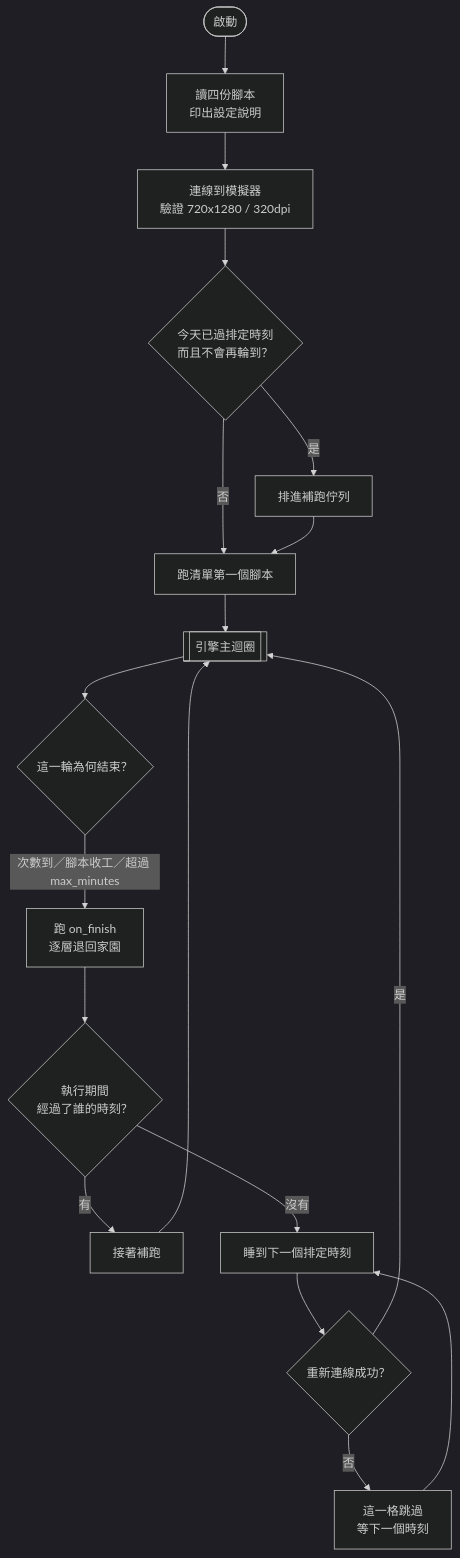
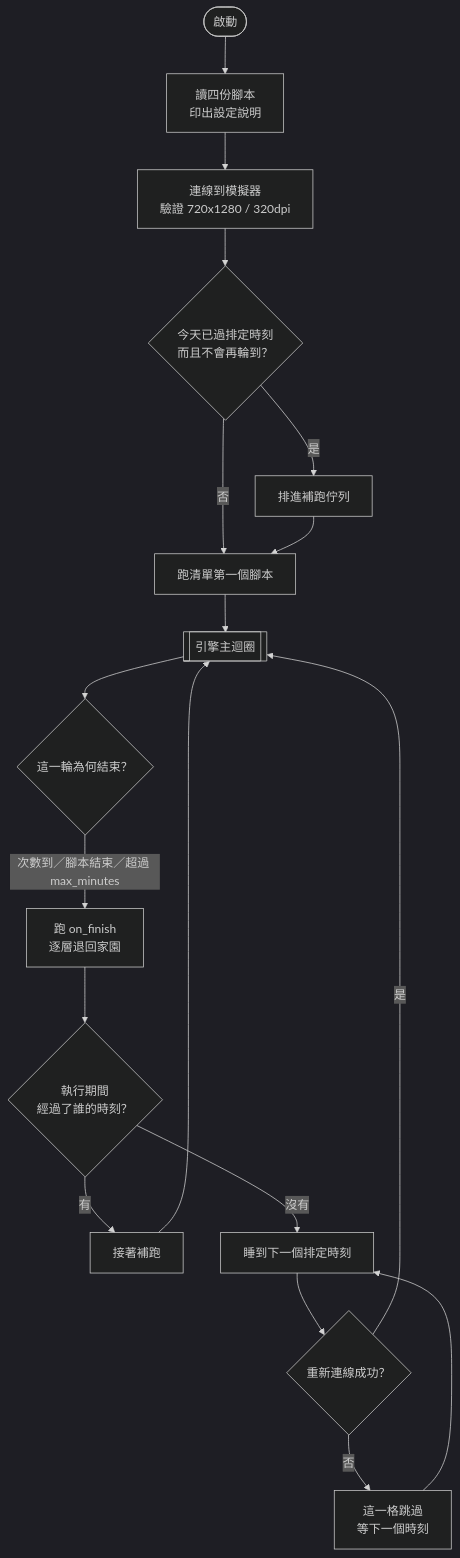
One commit to LaiYueTing/scepter-and-sword-assistant changed the first of 5 diagrams in README.md. Above: the diagram before and after it, drawn with Mermaid (dark theme). The commit also changed other lines of this file and 37 other files, not shown here.

````diff
--- a/README.md
+++ b/README.md
@@ -38,19 +38,19 @@
 ```mermaid
 flowchart TD
     START([啟動]) --> LOAD[讀四份腳本<br/>印出設定說明]
     LOAD --> CONN[連線到模擬器<br/>驗證 720x1280 / 320dpi]
     CONN --> CATCH{今天已過排定時刻<br/>而且不會再輪到？}
     CATCH -->|是| QUEUE[排進補跑佇列]
     CATCH -->|否| FIRST[跑清單第一個腳本]
     QUEUE --> FIRST
 
     FIRST --> ENGINE[[引擎主迴圈]]
     ENGINE --> DONE{這一輪為何結束？}
-    DONE -->|次數到／腳本收工／超過 max_minutes| FINISH[跑 on_finish<br/>逐層退回家園]
+    DONE -->|次數到／腳本結束／超過 max_minutes| FINISH[跑 on_finish<br/>逐層退回家園]
     FINISH --> LATE{執行期間<br/>經過了誰的時刻？}
     LATE -->|有| QUEUE2[接著補跑] --> ENGINE
     LATE -->|沒有| SLEEP[睡到下一個排定時刻]
     SLEEP --> RECONN{重新連線成功？}
     RECONN -->|是| ENGINE
     RECONN -->|否| SKIP[這一格跳過<br/>等下一個時刻] --> SLEEP
 ```
````
